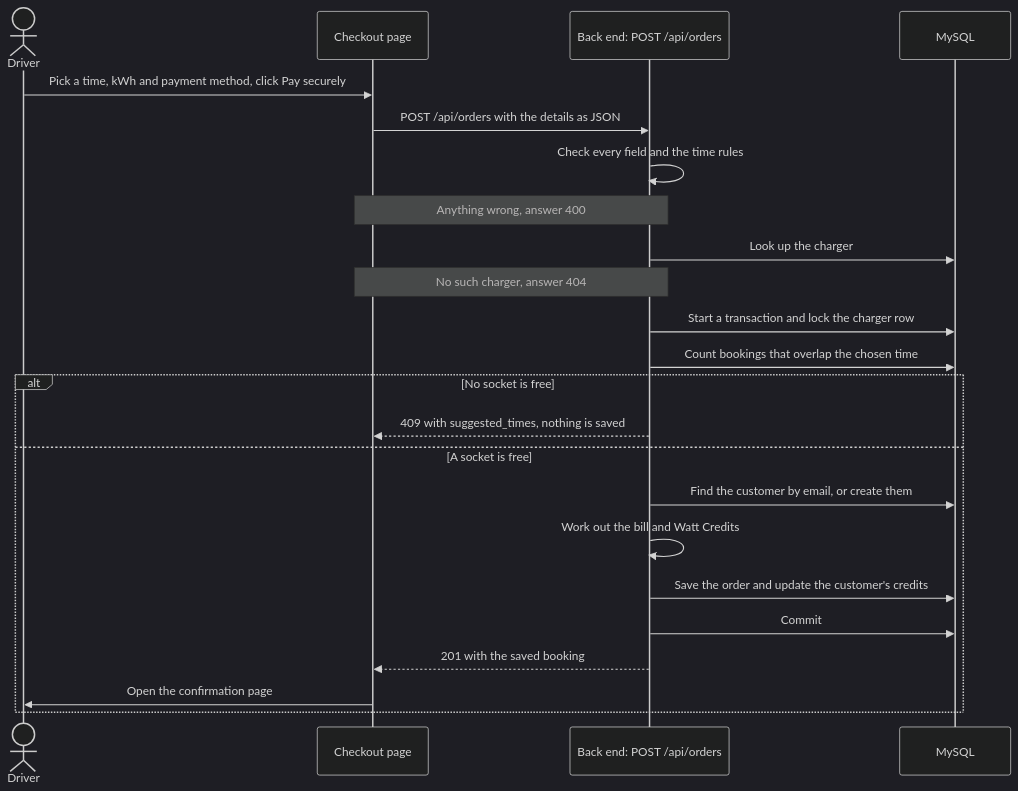
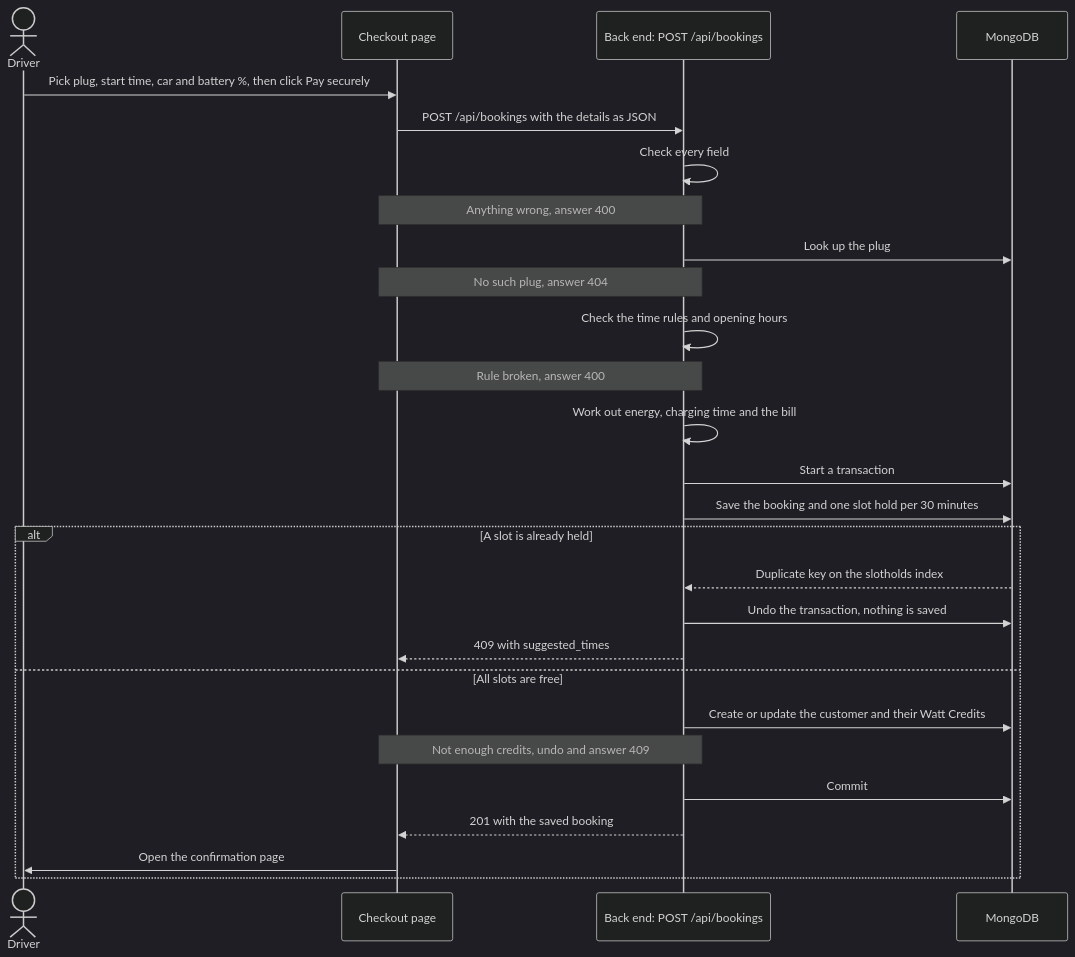
One commit to maverickagbayani/Ecomm-final-proj changed the second of 2 diagrams in Docs/system-diagram.md. Above: the diagram before and after it, drawn with Mermaid (dark theme). The commit also changed other lines of this file and 3 other files, not shown here.

````diff
--- a/Docs/system-diagram.md
+++ b/Docs/system-diagram.md
@@ -48,26 +50,30 @@
 ```mermaid
 sequenceDiagram
     actor Driver
     participant Page as Checkout page
-    participant API as Back end: POST /api/orders
-    participant DB as MySQL
+    participant API as Back end: POST /api/bookings
+    participant DB as MongoDB
 
-    Driver->>Page: Pick a time, kWh and payment method, click Pay securely
-    Page->>API: POST /api/orders with the details as JSON
-    API->>API: Check every field and the time rules
+    Driver->>Page: Pick plug, start time, car and battery %, then click Pay securely
+    Page->>API: POST /api/bookings with the details as JSON
+    API->>API: Check every field
     Note over API,Page: Anything wrong, answer 400
-    API->>DB: Look up the charger
-    Note over API,Page: No such charger, answer 404
-    API->>DB: Start a transaction and lock the charger row
-    API->>DB: Count bookings that overlap the chosen time
-    alt No socket is free
-        API-->>Page: 409 with suggested_times, nothing is saved
-    else A socket is free
-        API->>DB: Find the customer by email, or create them
-        API->>API: Work out the bill and Watt Credits
-        API->>DB: Save the order and update the customer's credits
+    API->>DB: Look up the plug
+    Note over API,Page: No such plug, answer 404
+    API->>API: Check the time rules and opening hours
+    Note over API,Page: Rule broken, answer 400
+    API->>API: Work out energy, charging time and the bill
+    API->>DB: Start a transaction
+    API->>DB: Save the booking and one slot hold per 30 minutes
+    alt A slot is already held
+        DB-->>API: Duplicate key on the slotholds index
+        API->>DB: Undo the transaction, nothing is saved
+        API-->>Page: 409 with suggested_times
+    else All slots are free
+        API->>DB: Create or update the customer and their Watt Credits
+        Note over API,Page: Not enough credits, undo and answer 409
         API->>DB: Commit
         API-->>Page: 201 with the saved booking
         Page->>Driver: Open the confirmation page
     end
 ```
````
